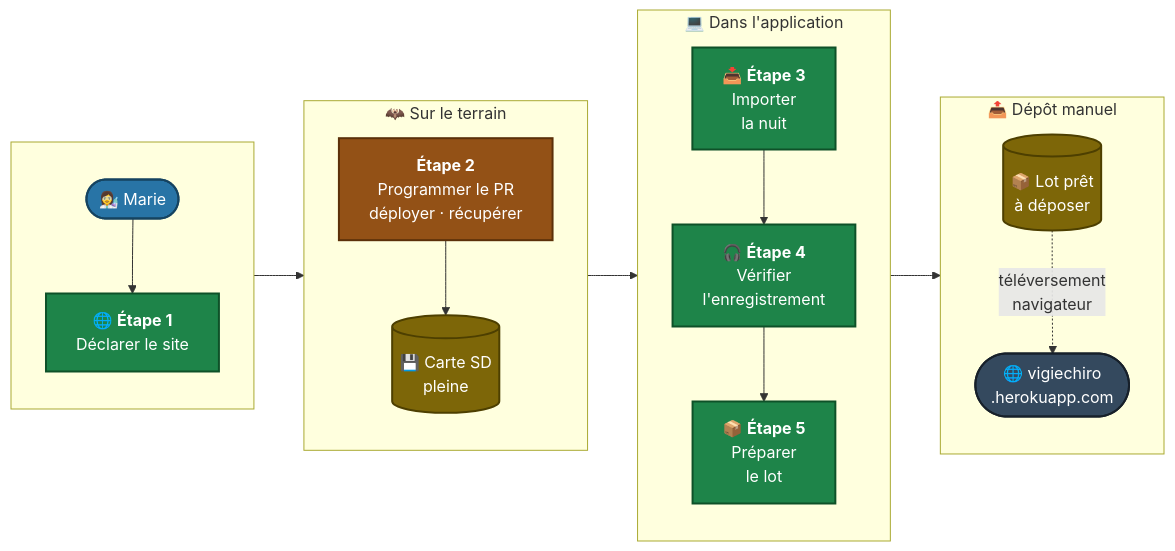
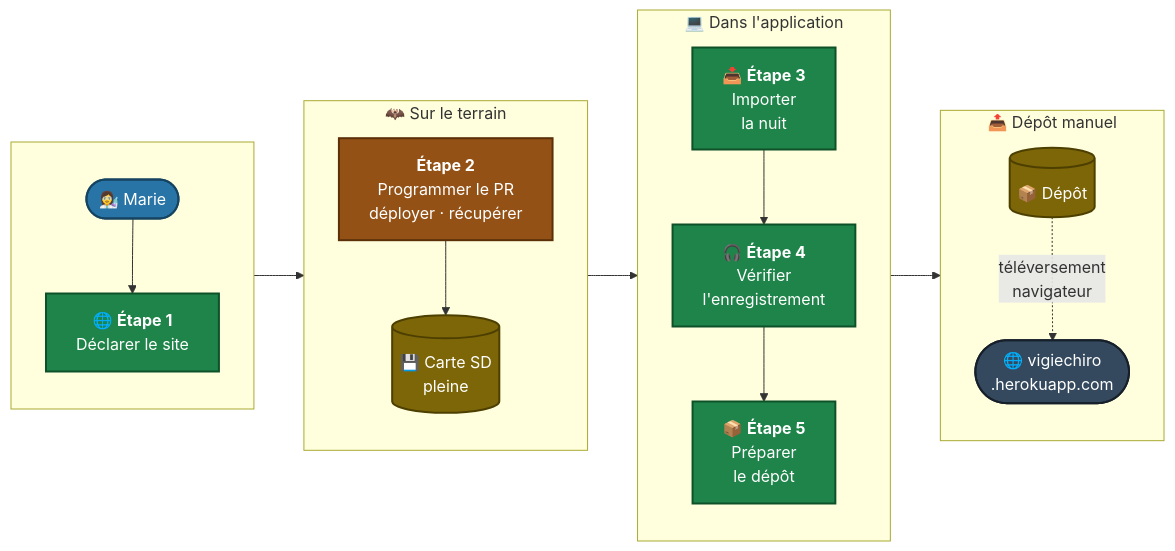
The diagram in docs/Analyse et conception/Parcours utilisateurs/P0 - Première nuit de Marie.md (IUTInfoAix-S201/brief), drawn with Mermaid before and after one commit. The commit also changed other lines of this file and 27 other files, not shown here.

````diff
--- a/docs/Analyse et conception/Parcours utilisateurs/P0 - Première nuit de Marie.md
+++ b/docs/Analyse et conception/Parcours utilisateurs/P0 - Première nuit de Marie.md
@@ -12,47 +12,47 @@
 ```mermaid
 %%{init: {"themeCSS": ".nodeLabel, .nodeLabel p, .nodeLabel span { color: #fff !important; fill: #fff !important; }"}}%%
 flowchart LR
     subgraph init[ ]
         direction TB
         Marie(["👩‍🔬 Marie"])
         S1["🌐 <b>Étape 1</b><br/>Déclarer le site"]
         Marie --> S1
     end
 
     subgraph terrain[🦇 Sur le terrain]
         direction TB
         S2["<b>Étape 2</b><br/>Programmer le PR<br/>déployer · récupérer"]
         SD[("💾 Carte SD<br/>pleine")]
         S2 --> SD
     end
 
     subgraph app[💻 Dans l'application]
         direction TB
         S3["📥 <b>Étape 3</b><br/>Importer<br/>la nuit"]
         S4["🎧 <b>Étape 4</b><br/>Vérifier<br/>l'enregistrement"]
-        S5["📦 <b>Étape 5</b><br/>Préparer<br/>le lot"]
+        S5["📦 <b>Étape 5</b><br/>Préparer<br/>le dépôt"]
         S3 --> S4 --> S5
     end
 
     subgraph livraison[📤 Dépôt manuel]
         direction TB
-        Lot[("📦 Lot prêt<br/>à déposer")]
+        Lot[("📦 Dépôt")]
         VC(["🌐 vigiechiro<br/>.herokuapp.com"])
         Lot -.téléversement<br/>navigateur.-> VC
     end
 
     S1 --> S2
     SD --> S3
     S5 --> Lot
 
     classDef step fill:#1e8449,stroke:#0e5128,color:#fff,stroke-width:2px
     classDef offapp fill:#935116,stroke:#5b3009,color:#fff,stroke-width:2px
     classDef artifact fill:#7d6608,stroke:#4d3f00,color:#fff,stroke-width:2px
     classDef ext fill:#34495e,stroke:#17202a,color:#fff,stroke-width:2px
     classDef actor fill:#2874a6,stroke:#154360,color:#fff,stroke-width:2px
     class S1,S3,S4,S5 step
     class S2 offapp
     class SD,Lot artifact
     class VC ext
     class Marie actor
 ```
````
